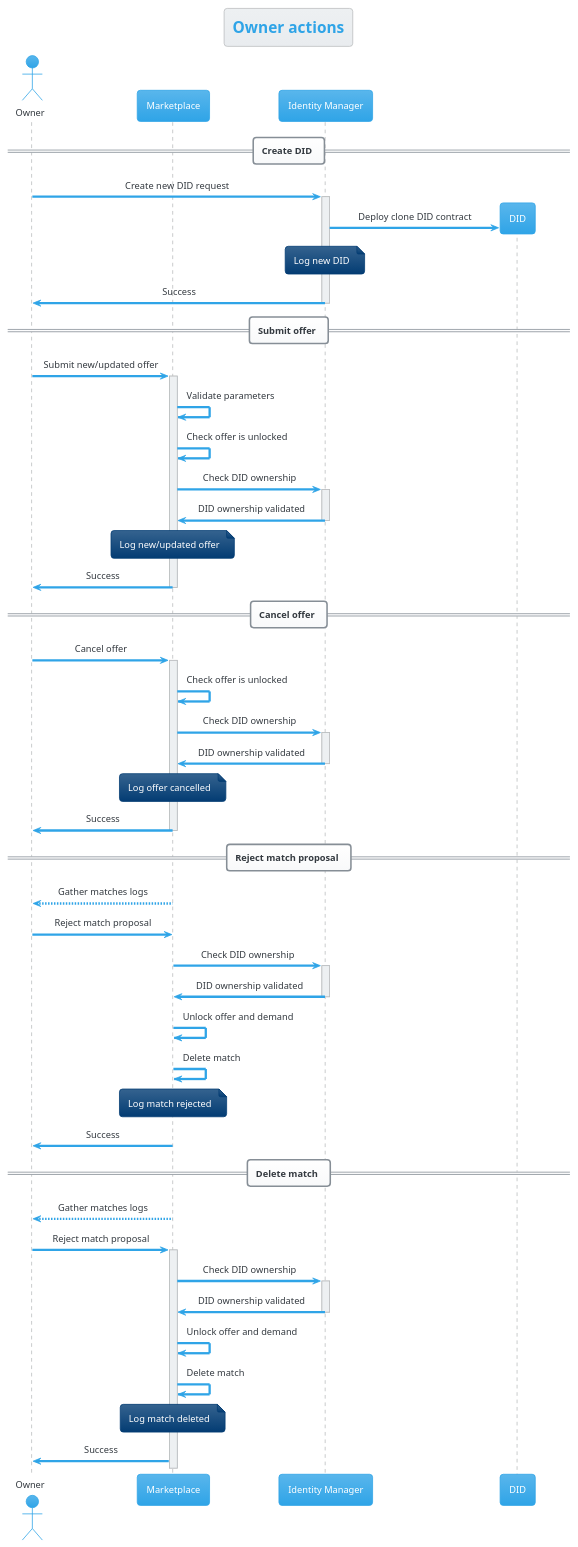
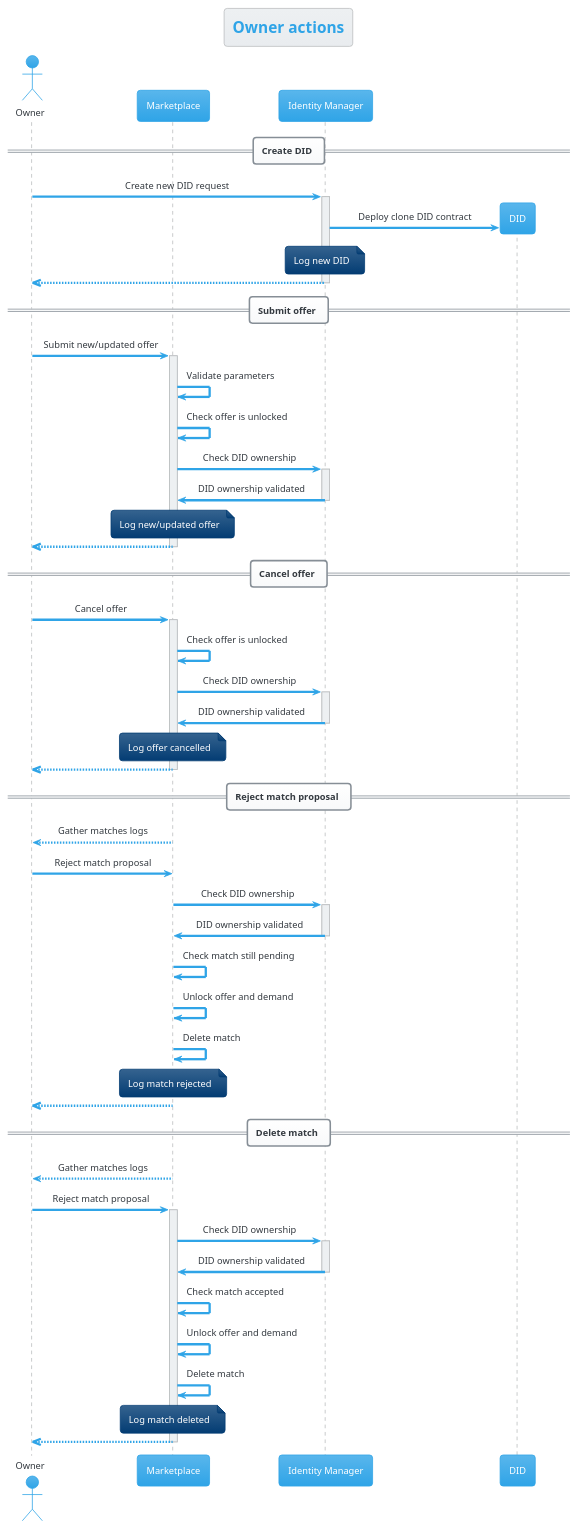
One commit to TendTo/EW-showcase changed the diagram in docs/diagrams/owner-actions.puml. Above: the diagram before and after it, drawn with PlantUML. The commit also changed 4 other files, not shown here.

Commit message:
update(docs): diagrams

```diff
--- a/docs/diagrams/owner-actions.puml
+++ b/docs/diagrams/owner-actions.puml
@@ -1,55 +1,57 @@
 @startuml Owner actions
 title Owner actions
 !theme cerulean
 
 skinparam maxMessageSize 150
 skinparam defaultTextAlignment center
 skinparam noteTextAlignment left
 
 actor "Owner" as ow
 participant "Marketplace" as ma
 participant "Identity Manager" as im
 
 == Create DID ==
 ow->im ++: Create new DID request
 im->DID **: Deploy clone DID contract
 note over im: Log new DID
-im->ow --: Success
+im-->>ow --
 
 == Submit offer ==
 ow->ma ++: Submit new/updated offer
 ma->ma: Validate parameters
 ma->ma: Check offer is unlocked
 ma->im ++: Check DID ownership
 im->ma --: DID ownership validated
 note over ma: Log new/updated offer
-ma->ow --: Success
+ma-->>ow --
 
 == Cancel offer ==
 ow->ma ++: Cancel offer
 ma->ma: Check offer is unlocked
 ma->im ++: Check DID ownership
 im->ma --: DID ownership validated
 note over ma: Log offer cancelled
-ma->ow --: Success
+ma-->>ow --
 
 == Reject match proposal ==
 ow<--ma: Gather matches logs
 ow->ma: Reject match proposal
 ma->im ++: Check DID ownership
 im->ma --: DID ownership validated
+ma->ma: Check match still pending
 ma->ma: Unlock offer and demand
 ma->ma: Delete match
 note over ma: Log match rejected
-ma->ow: Success
+ma-->>ow --
 
 == Delete match ==
 ow<--ma: Gather matches logs
 ow->ma ++: Reject match proposal
 ma->im ++: Check DID ownership
 im->ma --: DID ownership validated
+ma->ma: Check match accepted
 ma->ma: Unlock offer and demand
 ma->ma: Delete match
 note over ma: Log match deleted
-ma->ow: Success
+ma-->>ow --
 @enduml
```
